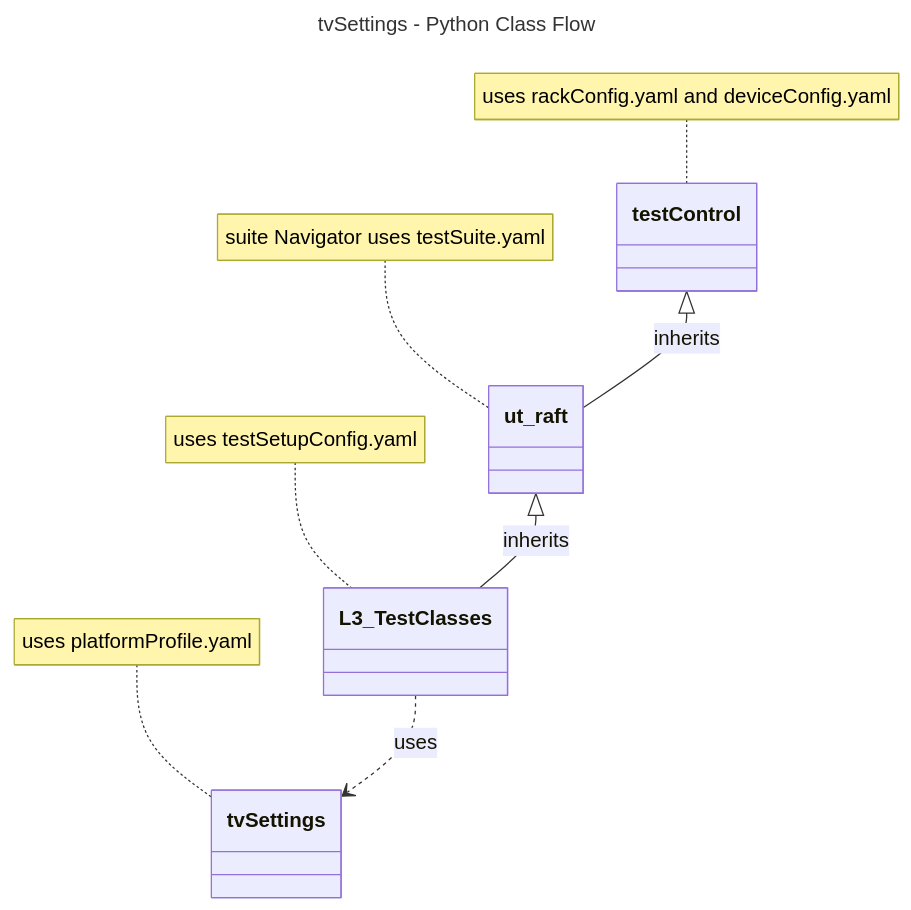
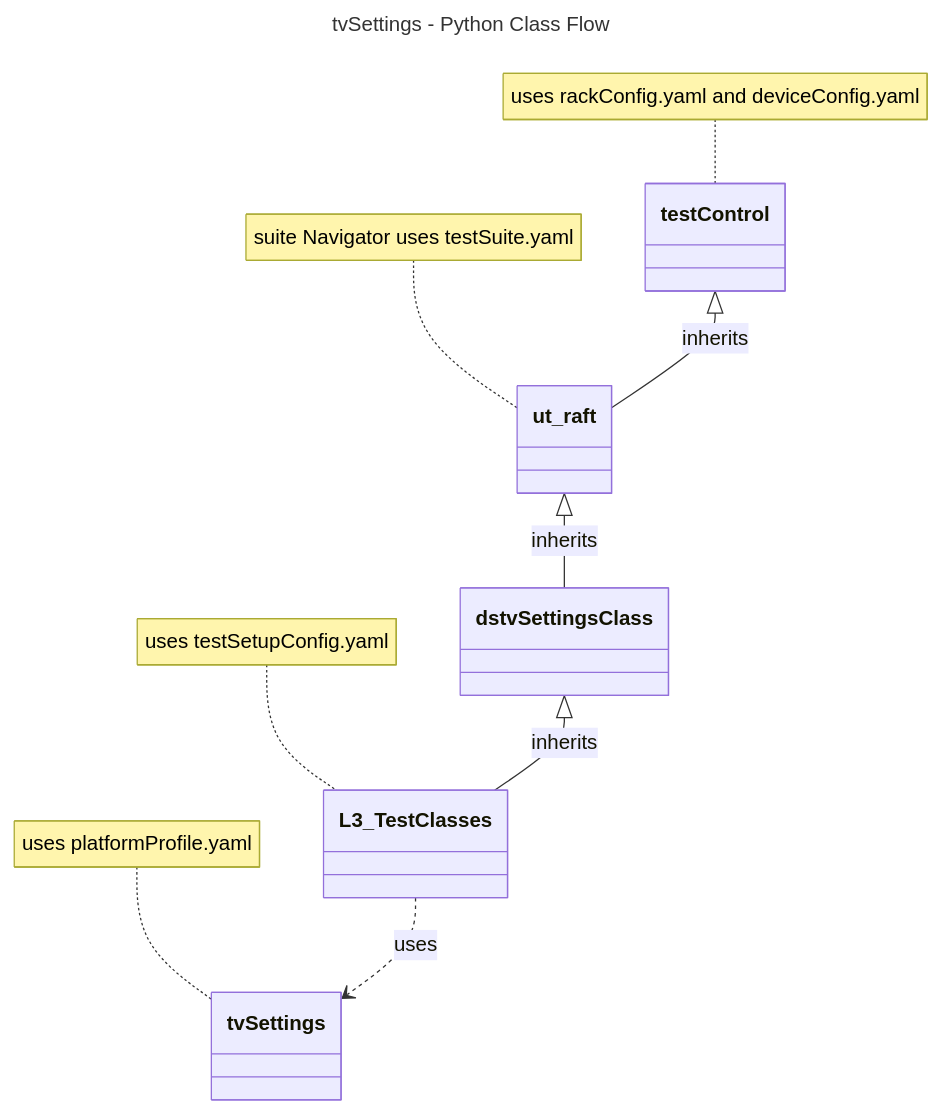
One commit to rdkcentral/rdkv-halif-test-tvsettings changed the diagram in docs/pages/tv-settings_L3_Low_Level_Test_Spec.md. Above: the diagram before and after it, drawn with Mermaid. The commit also changed other lines of this file and 70 other files, not shown here.

````diff
--- a/docs/pages/tv-settings_L3_Low_Level_Test_Spec.md
+++ b/docs/pages/tv-settings_L3_Low_Level_Test_Spec.md
@@ -116,15 +115,16 @@
 ```mermaid
 ---
 title: tvSettings - Python Class Flow
 ---
 classDiagram
     testControl <|-- ut_raft : inherits
     class ut_raft{
     }
-    ut_raft <|-- L3_TestClasses : inherits
+    ut_raft <|-- dstvSettingsClass : inherits
+    dstvSettingsClass <|-- L3_TestClasses : inherits
     L3_TestClasses ..> tvSettings : uses
     note for testControl "uses rackConfig.yaml and deviceConfig.yaml"
     note for tvSettings "uses platformProfile.yaml"
     note for L3_TestClasses "uses testSetupConfig.yaml"
     note for ut_raft "suite Navigator uses testSuite.yaml"
 ```
````
